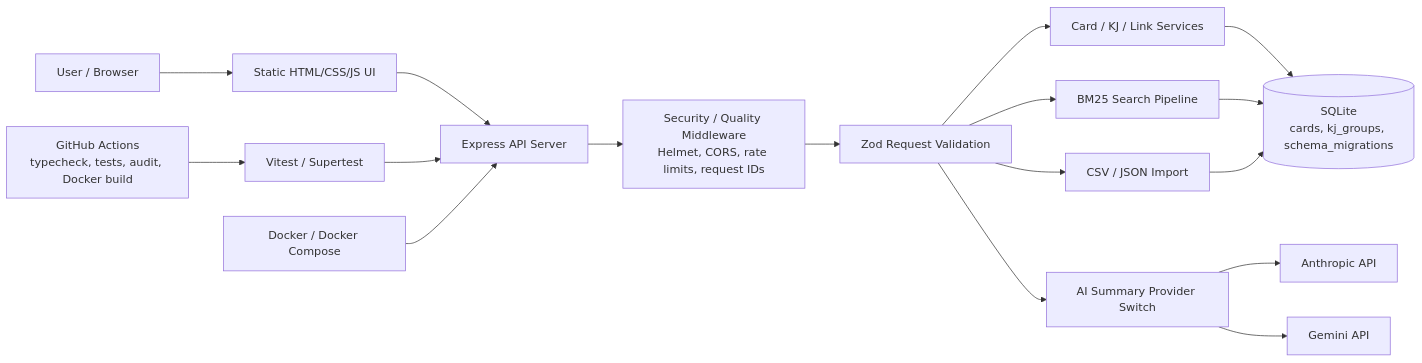
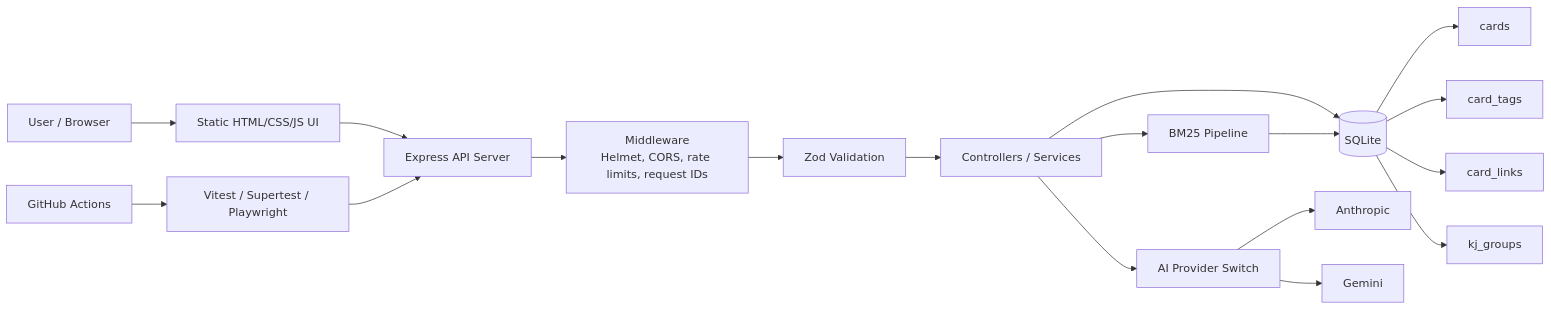
Before and after one commit to jinghaodao-tech/my-search_public: the first of 2 diagrams in README.md, drawn with Mermaid. The commit also changed other lines of this file and 5 other files, not shown here.

````diff
--- a/README.md
+++ b/README.md
@@ -48,22 +37,24 @@
 ```mermaid
 flowchart LR
   user["User / Browser"] --> ui["Static HTML/CSS/JS UI"]
   ui --> api["Express API Server"]
 
-  api --> middleware["Security / Quality Middleware<br/>Helmet, CORS, rate limits, request IDs"]
-  middleware --> validation["Zod Request Validation"]
-  validation --> cardService["Card / KJ / Link Services"]
-  validation --> searchService["BM25 Search Pipeline"]
-  validation --> importService["CSV / JSON Import"]
-  validation --> aiService["AI Summary Provider Switch"]
+  api --> middleware["Middleware<br/>Helmet, CORS, rate limits, request IDs"]
+  middleware --> validation["Zod Validation"]
+  validation --> services["Controllers / Services"]
+  services --> search["BM25 Pipeline"]
+  services --> sqlite[("SQLite")]
+  search --> sqlite
 
-  cardService --> sqlite[("SQLite<br/>cards, kj_groups, schema_migrations")]
-  searchService --> sqlite
-  importService --> sqlite
-  aiService --> anthropic["Anthropic API"]
-  aiService --> gemini["Gemini API"]
+  sqlite --> cards["cards"]
+  sqlite --> tags["card_tags"]
+  sqlite --> links["card_links"]
+  sqlite --> groups["kj_groups"]
 
-  tests["Vitest / Supertest"] --> api
-  ci["GitHub Actions<br/>typecheck, tests, audit, Docker build"] --> tests
-  docker["Docker / Docker Compose"] --> api
+  services --> ai["AI Provider Switch"]
+  ai --> anthropic["Anthropic"]
+  ai --> gemini["Gemini"]
+
+  tests["Vitest / Supertest / Playwright"] --> api
+  ci["GitHub Actions"] --> tests
 ```
````
